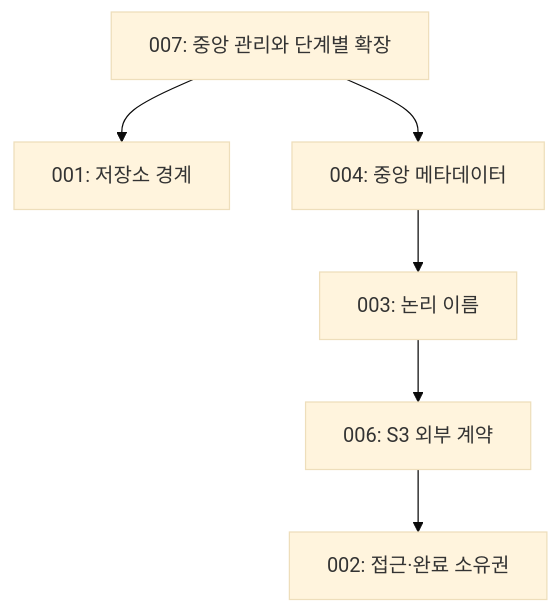
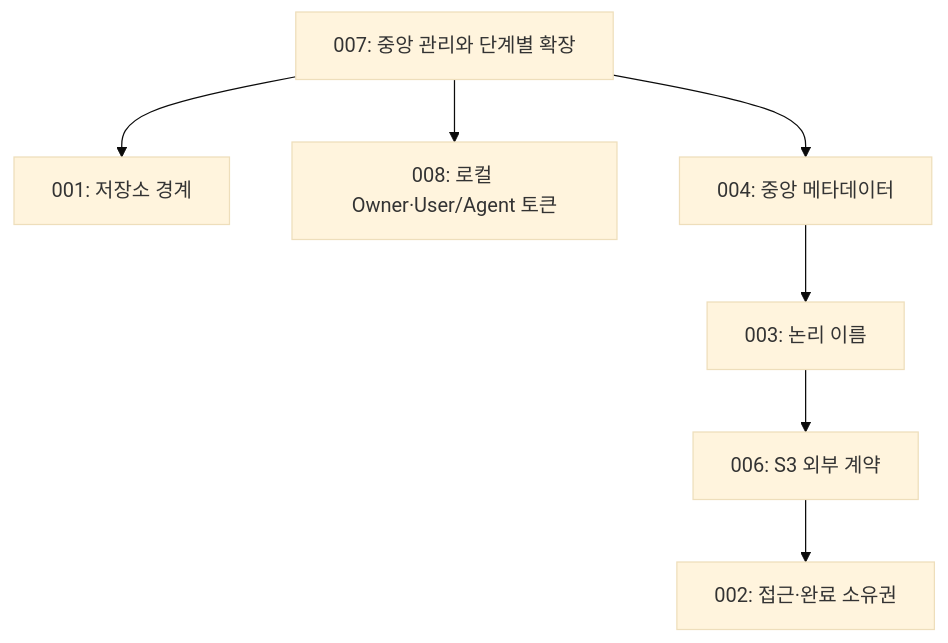
The diagram in docs/adr/README.md (cagojeiger/grove-storage), drawn with Mermaid (base theme) before and after one commit. The commit also changed other lines of this file and 5 other files, not shown here.

Commit message:
docs: Define local owner and agent token model

````diff
--- a/docs/adr/README.md
+++ b/docs/adr/README.md
@@ -8,8 +8,9 @@
 ```mermaid
 flowchart TD
     G["007: 중앙 관리와 단계별 확장"] --> S["001: 저장소 경계"]
+    G --> I["008: 로컬 Owner·User/Agent 토큰"]
     G --> M["004: 중앙 메타데이터"]
     M --> N["003: 논리 이름"]
     N --> A["006: S3 외부 계약"]
     A --> R["002: 접근·완료 소유권"]
 ```
````
